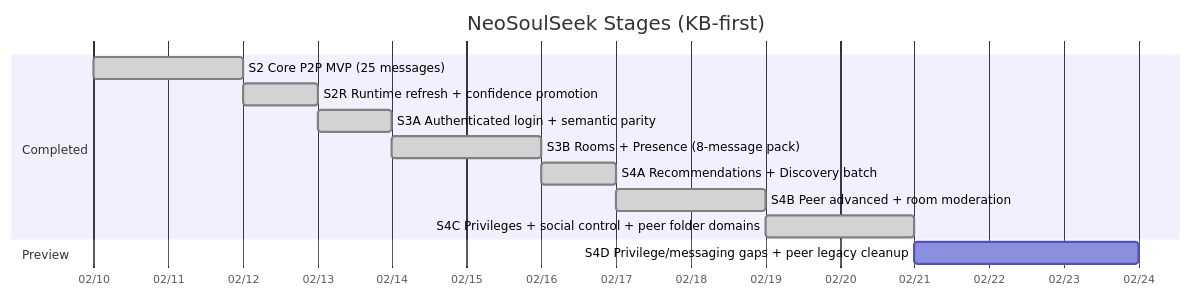
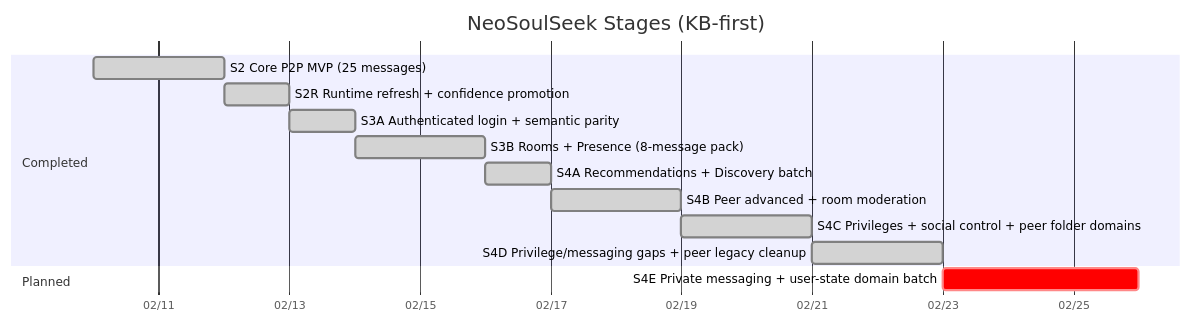
Before and after one commit to fedejinich/nss: the first of 4 diagrams in docs/state/roadmap.md, drawn with Mermaid. The commit also changed other lines of this file and 34 other files, not shown here.

Commit message:
s4d: close privilege messaging and peer legacy batch

````diff
--- a/docs/state/roadmap.md
+++ b/docs/state/roadmap.md
@@ -9,16 +9,17 @@
 ```mermaid
 gantt
     title NeoSoulSeek Stages (KB-first)
     dateFormat  YYYY-MM-DD
     axisFormat  %m/%d
     section Completed
     S2 Core P2P MVP (25 messages) :done, s2, 2026-02-10, 2d
     S2R Runtime refresh + confidence promotion :done, s2r, after s2, 1d
     S3A Authenticated login + semantic parity :done, s3a, after s2r, 1d
     S3B Rooms + Presence (8-message pack) :done, s3b, 2026-02-14, 2d
     S4A Recommendations + Discovery batch :done, s4a, after s3b, 1d
     S4B Peer advanced + room moderation :done, s4b, after s4a, 2d
     S4C Privileges + social control + peer folder domains :done, s4c, after s4b, 2d
-    section Preview
-    S4D Privilege/messaging gaps + peer legacy cleanup :s4d, after s4c, 3d
+    S4D Privilege/messaging gaps + peer legacy cleanup :done, s4d, after s4c, 2d
+    section Planned
+    S4E Private messaging + user-state domain batch :crit, s4e, after s4d, 3d
 ```
````
